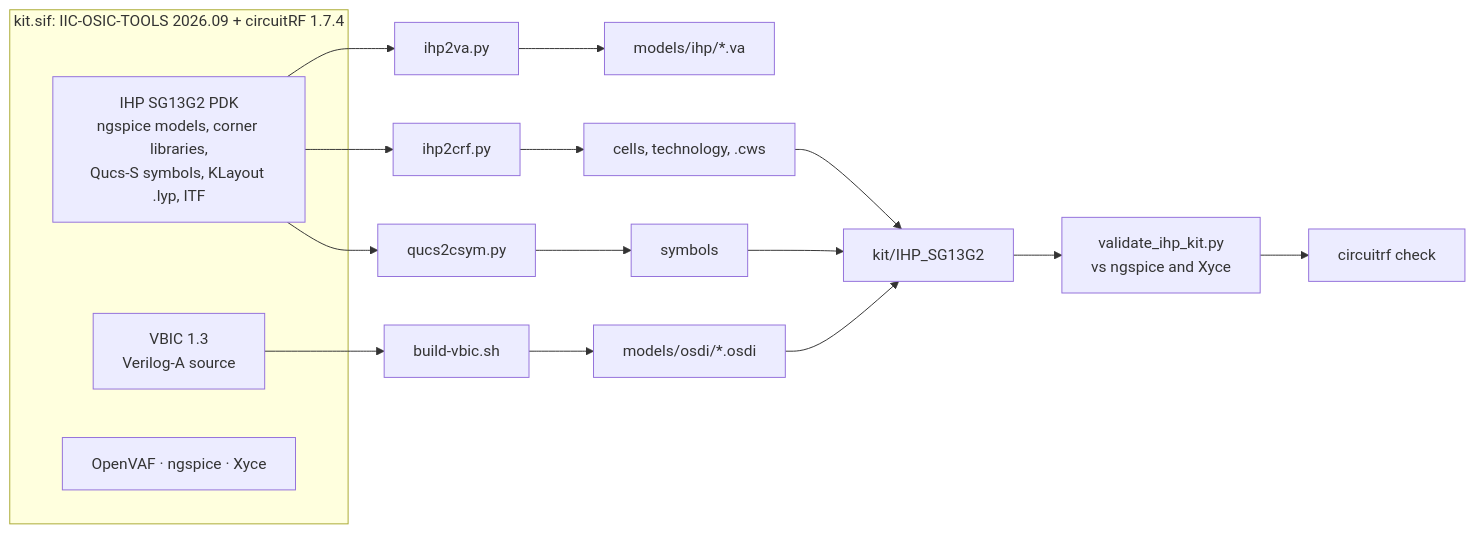
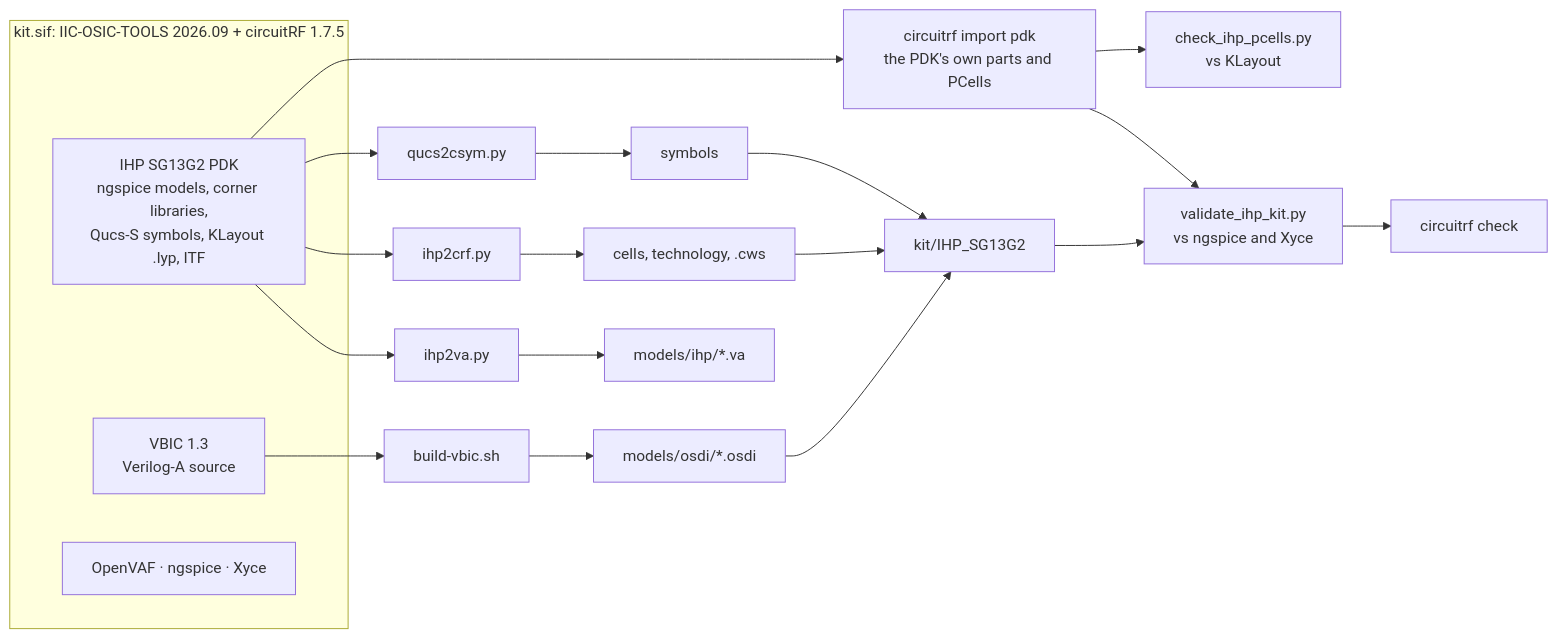
Before and after one commit to aissus/circuitRF-IHP-SG13G2-PDK: the diagram in README.md, drawn with Mermaid. The commit also changed other lines of this file and 18 other files, not shown here.

````diff
--- a/README.md
+++ b/README.md
@@ -209,14 +218,16 @@
 ```mermaid
 flowchart LR
-    subgraph image["kit.sif: IIC-OSIC-TOOLS 2026.09 + circuitRF 1.7.4"]
+    subgraph image["kit.sif: IIC-OSIC-TOOLS 2026.09 + circuitRF 1.7.5"]
         PDK["IHP SG13G2 PDK<br/>ngspice models, corner libraries,<br/>Qucs-S symbols, KLayout .lyp, ITF"]
         VA["VBIC 1.3<br/>Verilog-A source"]
         TOOLS["OpenVAF · ngspice · Xyce"]
     end
     PDK --> V["ihp2va.py"] --> PF["models/ihp/*.va"]
     PDK --> C["ihp2crf.py"] --> CELLS["cells, technology, .cws"]
     PDK --> Q["qucs2csym.py"] --> SYM["symbols"]
     VA --> B["build-vbic.sh"] --> OSDI["models/osdi/*.osdi"]
     CELLS & SYM & OSDI --> KIT["kit/IHP_SG13G2"]
-    KIT --> VAL["validate_ihp_kit.py<br/>vs ngspice and Xyce"] --> CHK["circuitrf check"]
+    PDK --> IMP["circuitrf import pdk<br/>the PDK's own parts and PCells"]
+    KIT & IMP --> VAL["validate_ihp_kit.py<br/>vs ngspice and Xyce"] --> CHK["circuitrf check"]
+    IMP --> PC["check_ihp_pcells.py<br/>vs KLayout"]
 ```
````
